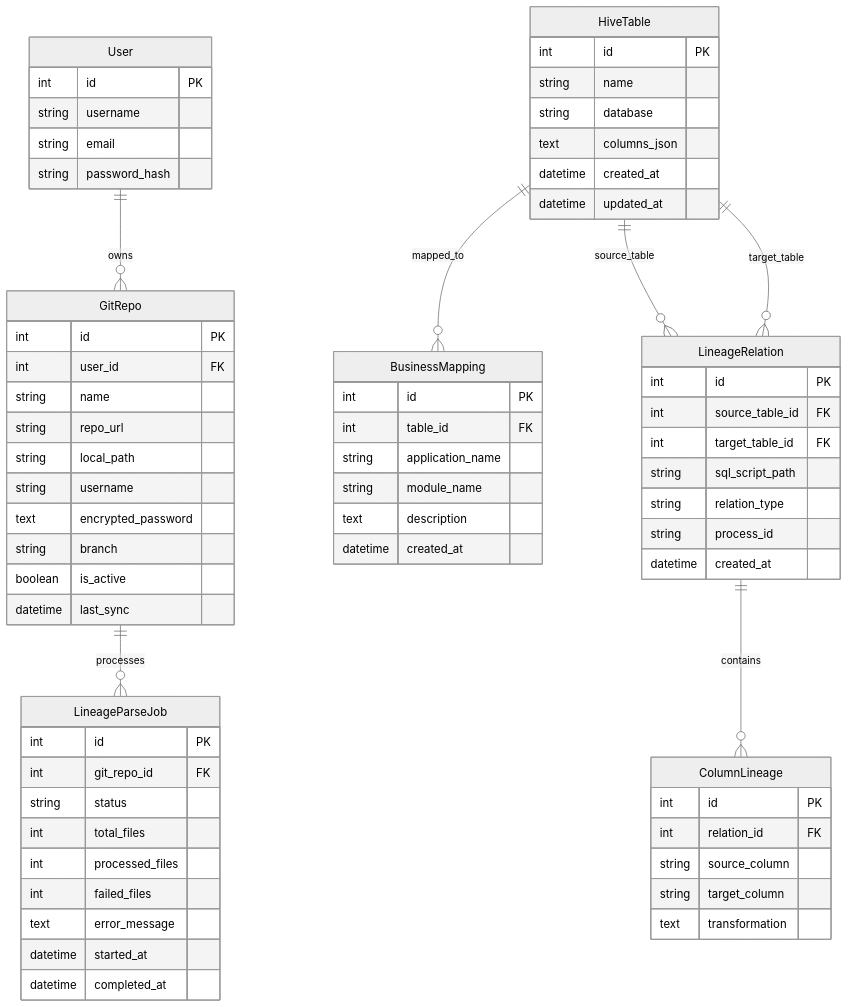
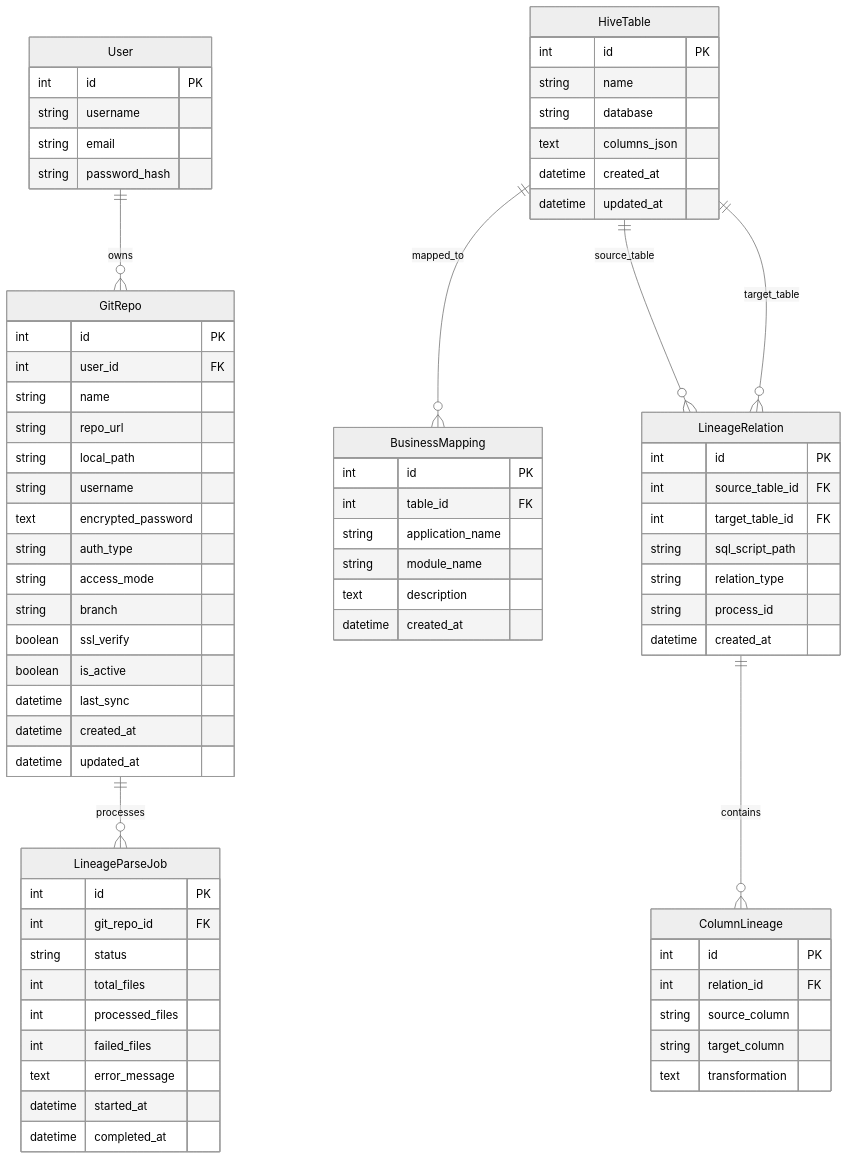
The second of 5 diagrams in 项目开发逻辑详细说明.md (deletexiumu/sqlineage), drawn with Mermaid (neutral theme) before and after one commit. The commit also changed other lines of this file and 1 other file, not shown here.

````diff
--- a/项目开发逻辑详细说明.md
+++ b/项目开发逻辑详细说明.md
@@ -85,77 +99,82 @@
 ```mermaid
 erDiagram
     User {
         int id PK
         string username
         string email
         string password_hash
     }
     
     HiveTable {
         int id PK
         string name
         string database
         text columns_json
         datetime created_at
         datetime updated_at
     }
     
     BusinessMapping {
         int id PK
         int table_id FK
         string application_name
         string module_name
         text description
         datetime created_at
     }
     
     GitRepo {
         int id PK
         int user_id FK
         string name
         string repo_url
         string local_path
         string username
         text encrypted_password
+        string auth_type
+        string access_mode
         string branch
+        boolean ssl_verify
         boolean is_active
         datetime last_sync
+        datetime created_at
+        datetime updated_at
     }
     
     LineageRelation {
         int id PK
         int source_table_id FK
         int target_table_id FK
         string sql_script_path
         string relation_type
         string process_id
         datetime created_at
     }
     
     ColumnLineage {
         int id PK
         int relation_id FK
         string source_column
         string target_column
         text transformation
     }
     
     LineageParseJob {
         int id PK
         int git_repo_id FK
         string status
         int total_files
         int processed_files
         int failed_files
         text error_message
         datetime started_at
         datetime completed_at
     }
     
     User ||--o{ GitRepo : owns
     HiveTable ||--o{ BusinessMapping : mapped_to
     HiveTable ||--o{ LineageRelation : source_table
     HiveTable ||--o{ LineageRelation : target_table
     LineageRelation ||--o{ ColumnLineage : contains
     GitRepo ||--o{ LineageParseJob : processes
 ```
````
